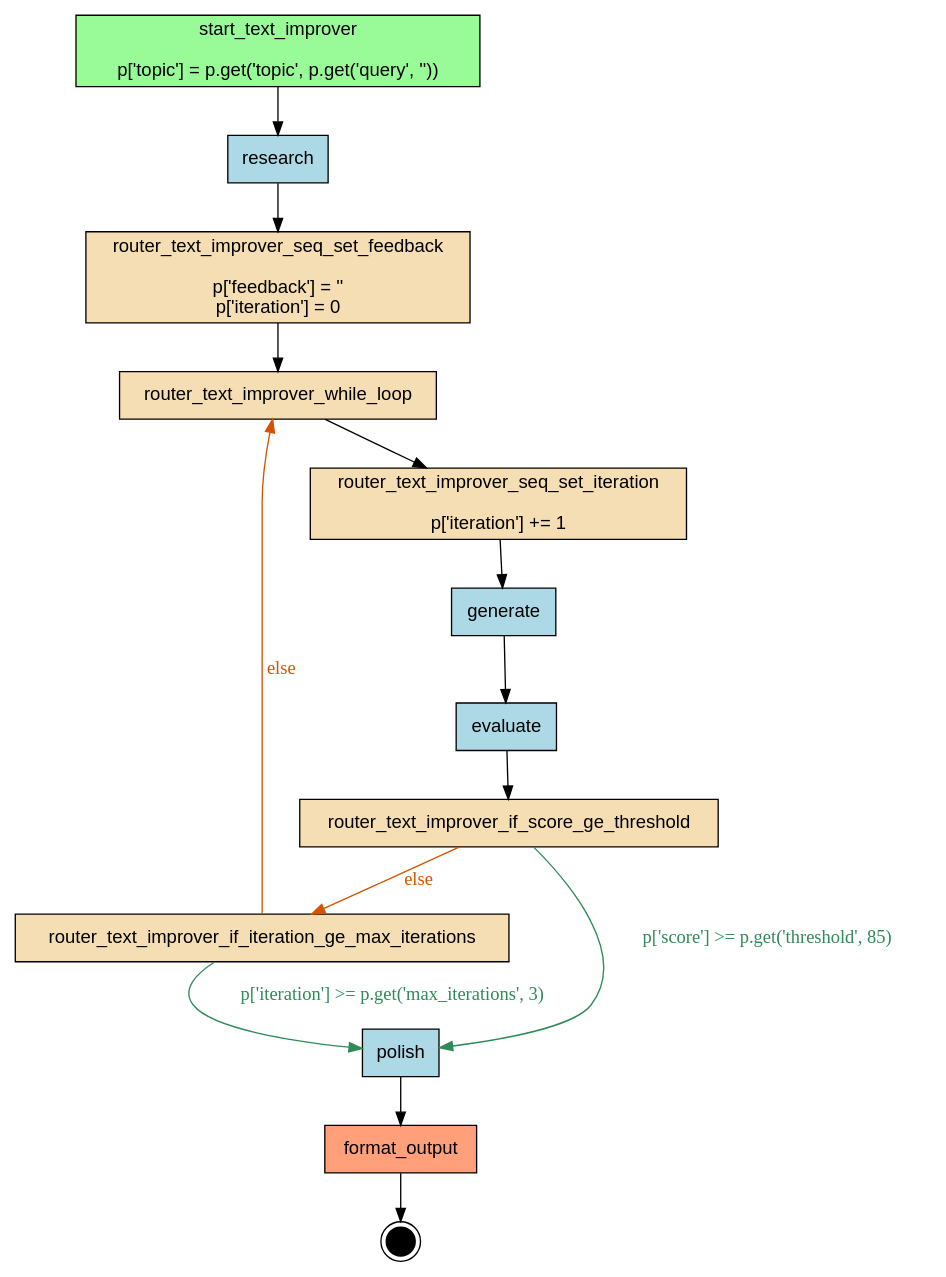
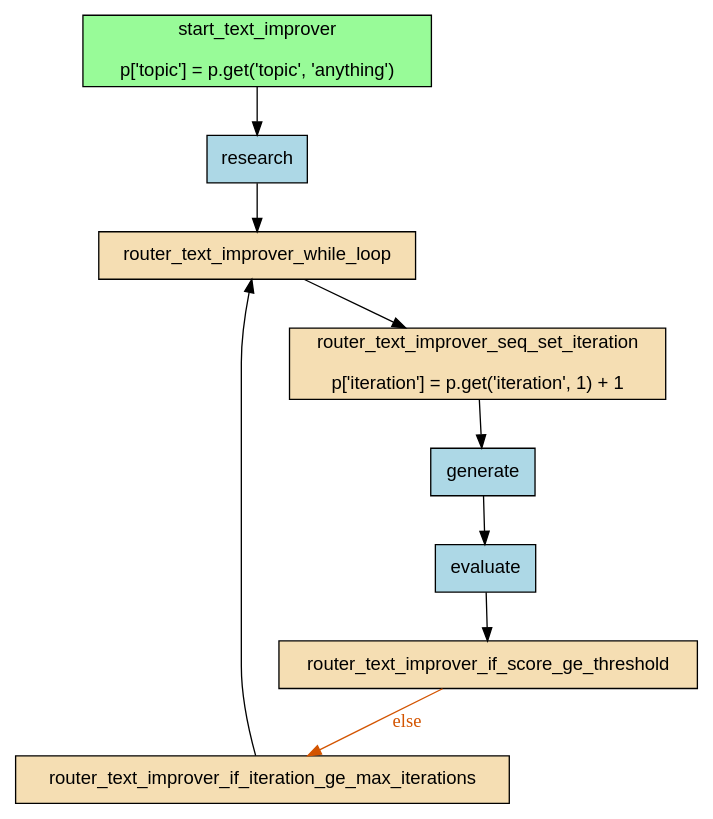
The diagram in examples/demo-kubecon/compiled/text-improver/artifacts/flow.dot (deliveryhero/asya), drawn with Graphviz before and after one commit. The commit also changed 29 other files, not shown here.

```diff
--- a/examples/demo-kubecon/compiled/text-improver/artifacts/flow.dot
+++ b/examples/demo-kubecon/compiled/text-improver/artifacts/flow.dot
@@ -1,34 +1,24 @@
 digraph "text_improver" {
     rankdir=TB;
     node [shape=box, style=filled, fontname="Helvetica"];
 
     { rank=source; start_text_improver; }
 
     evaluate [label="evaluate", fillcolor=lightblue];
-    format_output [label="format_output", fillcolor=lightsalmon];
     generate [label="generate", fillcolor=lightblue];
-    polish [label="polish", fillcolor=lightblue];
     research [label="research", fillcolor=lightblue];
     router_text_improver_if_iteration_ge_max_iterations [label="router_text_improver_if_iteration_ge_max_iterations", fillcolor=wheat];
     router_text_improver_if_score_ge_threshold [label="router_text_improver_if_score_ge_threshold", fillcolor=wheat];
-    router_text_improver_seq_set_feedback [label="router_text_improver_seq_set_feedback\n\np['feedback'] = ''\np['iteration'] = 0", fillcolor=wheat];
-    router_text_improver_seq_set_iteration [label="router_text_improver_seq_set_iteration\n\np['iteration'] += 1", fillcolor=wheat];
+    router_text_improver_seq_set_iteration [label="router_text_improver_seq_set_iteration\n\np['iteration'] = p.get('iteration', 1) + 1", fillcolor=wheat];
     router_text_improver_while_loop [label="router_text_improver_while_loop", fillcolor=wheat];
-    start_text_improver [label="start_text_improver\n\np['topic'] = p.get('topic', p.get('query', ''))", fillcolor=palegreen];
-
-    __end__ [label="", shape=doublecircle, fillcolor=black, width=0.3, fixedsize=true];
+    start_text_improver [label="start_text_improver\n\np['topic'] = p.get('topic', 'anything')", fillcolor=palegreen];
 
     start_text_improver -> research;
-    research -> router_text_improver_seq_set_feedback;
-    router_text_improver_if_iteration_ge_max_iterations -> polish [label="p['iteration'] >= p.get('max_iterations', 3)", color="#2E8B57", fontcolor="#2E8B57"];
-    polish -> format_output;
+    research -> router_text_improver_while_loop;
     router_text_improver_if_score_ge_threshold -> router_text_improver_if_iteration_ge_max_iterations [label="else", color="#D35400", fontcolor="#D35400"];
-    router_text_improver_if_score_ge_threshold -> polish [label="p['score'] >= p.get('threshold', 85)", color="#2E8B57", fontcolor="#2E8B57"];
     router_text_improver_seq_set_iteration -> generate;
     generate -> evaluate;
     evaluate -> router_text_improver_if_score_ge_threshold;
     router_text_improver_while_loop -> router_text_improver_seq_set_iteration;
-    router_text_improver_seq_set_feedback -> router_text_improver_while_loop;
-    router_text_improver_if_iteration_ge_max_iterations -> router_text_improver_while_loop [label="else", color="#D35400", fontcolor="#D35400"];
-    format_output -> __end__;
+    router_text_improver_if_iteration_ge_max_iterations -> router_text_improver_while_loop;
 }
```
